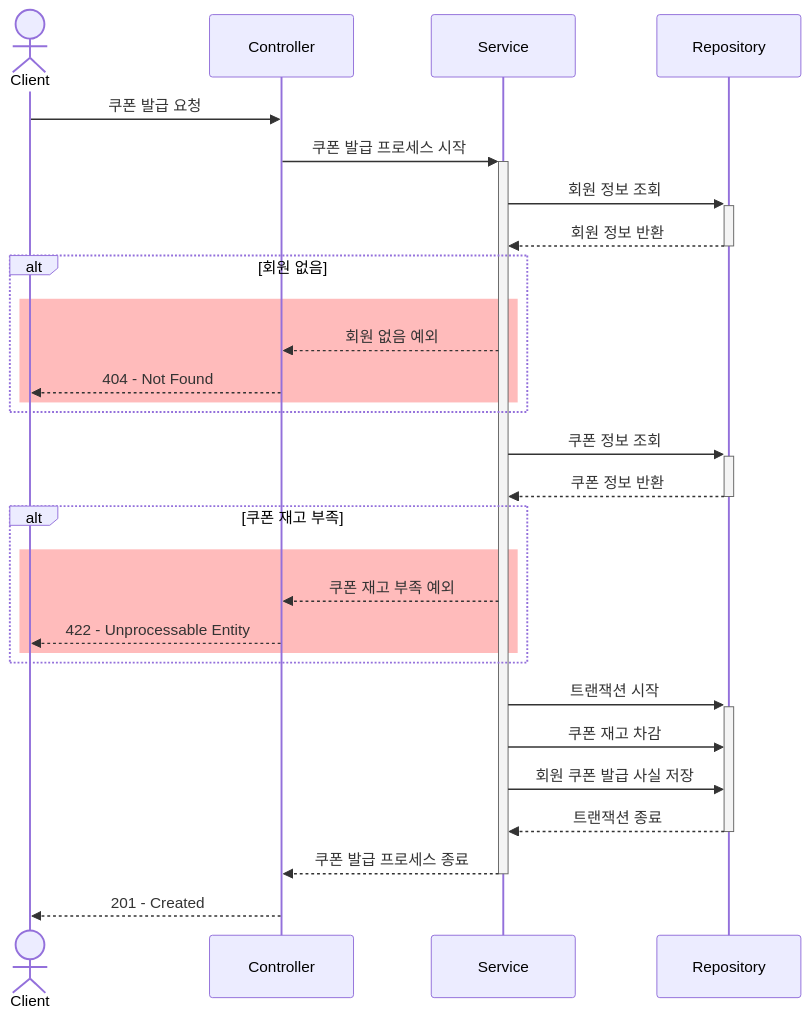
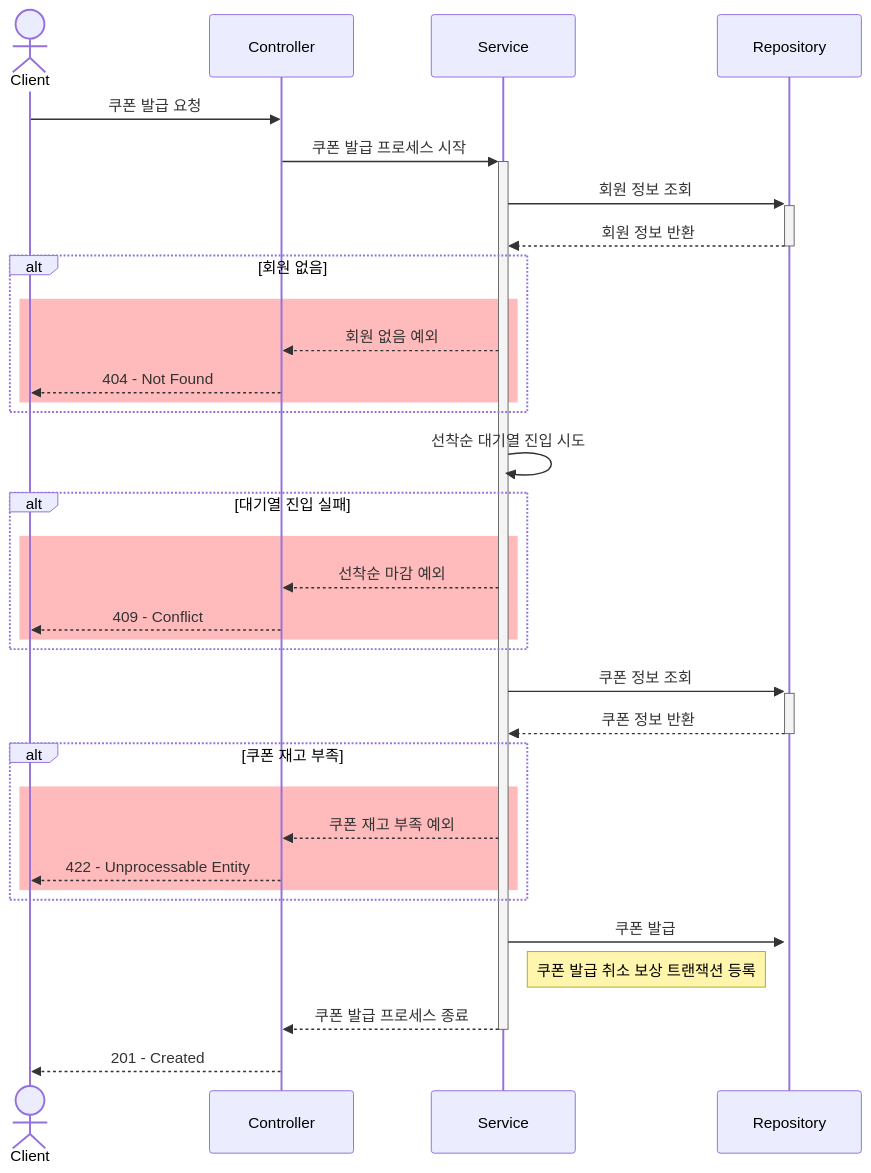
Before and after one commit to ite476/hhplus-ecommerce-api: the sixth of 7 diagrams in docs/core-usecases.md, drawn with Mermaid.

Commit message:
doc: 쿠폰 발급 결제 시퀀스 다이어그램에 선착순 비기능 요구사항 반영
> - 쿠폰 발급을 도메인 이벤트로 명시화

````diff
--- a/docs/core-usecases.md
+++ b/docs/core-usecases.md
@@ -185,41 +185,45 @@
 ```mermaid
 sequenceDiagram
     actor Client
     participant Controller
     participant Service
     participant Repository
     
     Client ->> Controller: 쿠폰 발급 요청
     Controller ->>+ Service: 쿠폰 발급 프로세스 시작
     
     Service ->>+ Repository: 회원 정보 조회
     Repository -->>- Service: 회원 정보 반환
 
     alt 회원 없음
         rect rgb(255, 30, 30, .3)
             Service -->> Controller: 회원 없음 예외
             Controller -->> Client: 404 - Not Found
         end
     end
 
+    Service ->> Service: 선착순 대기열 진입 시도
+    alt 대기열 진입 실패
+        rect rgb(255, 30, 30, .3)
+            Service -->> Controller: 선착순 마감 예외
+            Controller -->> Client: 409 - Conflict
+        end
+    end
+
     Service ->>+ Repository: 쿠폰 정보 조회
     Repository -->>- Service: 쿠폰 정보 반환
     
     alt 쿠폰 재고 부족
         rect rgb(255, 30, 30, .3)
             Service -->> Controller: 쿠폰 재고 부족 예외
             Controller -->> Client: 422 - Unprocessable Entity
         end
     end
 
-    Service ->>+ Repository: 트랜잭션 시작
-    
-    Service ->> Repository: 쿠폰 재고 차감
-    Service ->> Repository: 회원 쿠폰 발급 사실 저장
-    
-    Repository -->>- Service: 트랜잭션 종료
+    Service ->>+ Repository: 쿠폰 발급
+    note right of Service : 쿠폰 발급 취소 보상 트랜잭션 등록
     
     Service -->>- Controller: 쿠폰 발급 프로세스 종료
     
     Controller -->> Client: 201 - Created
 ```
````
